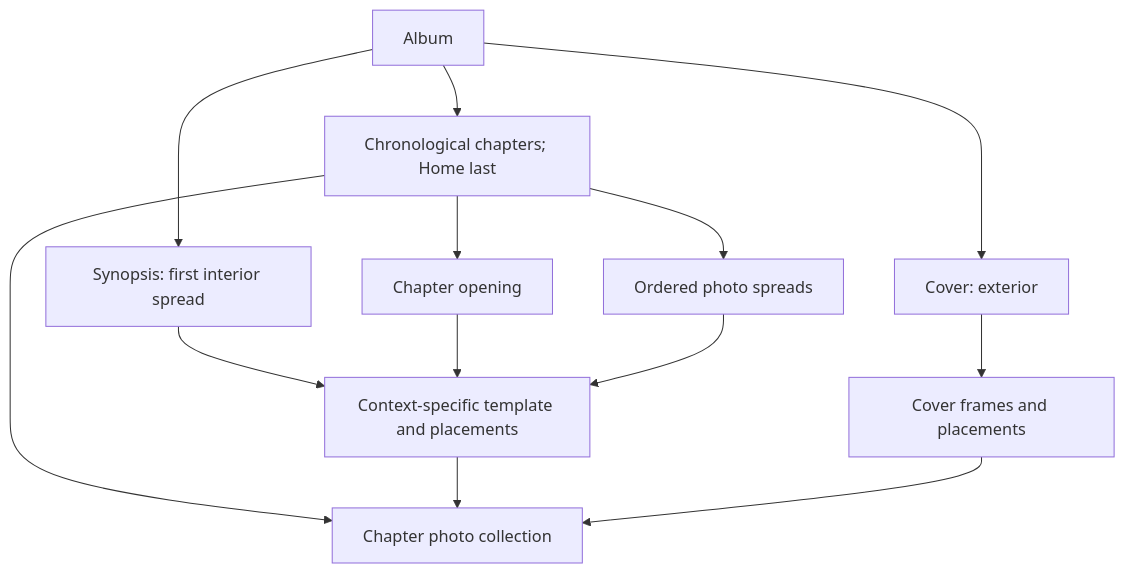
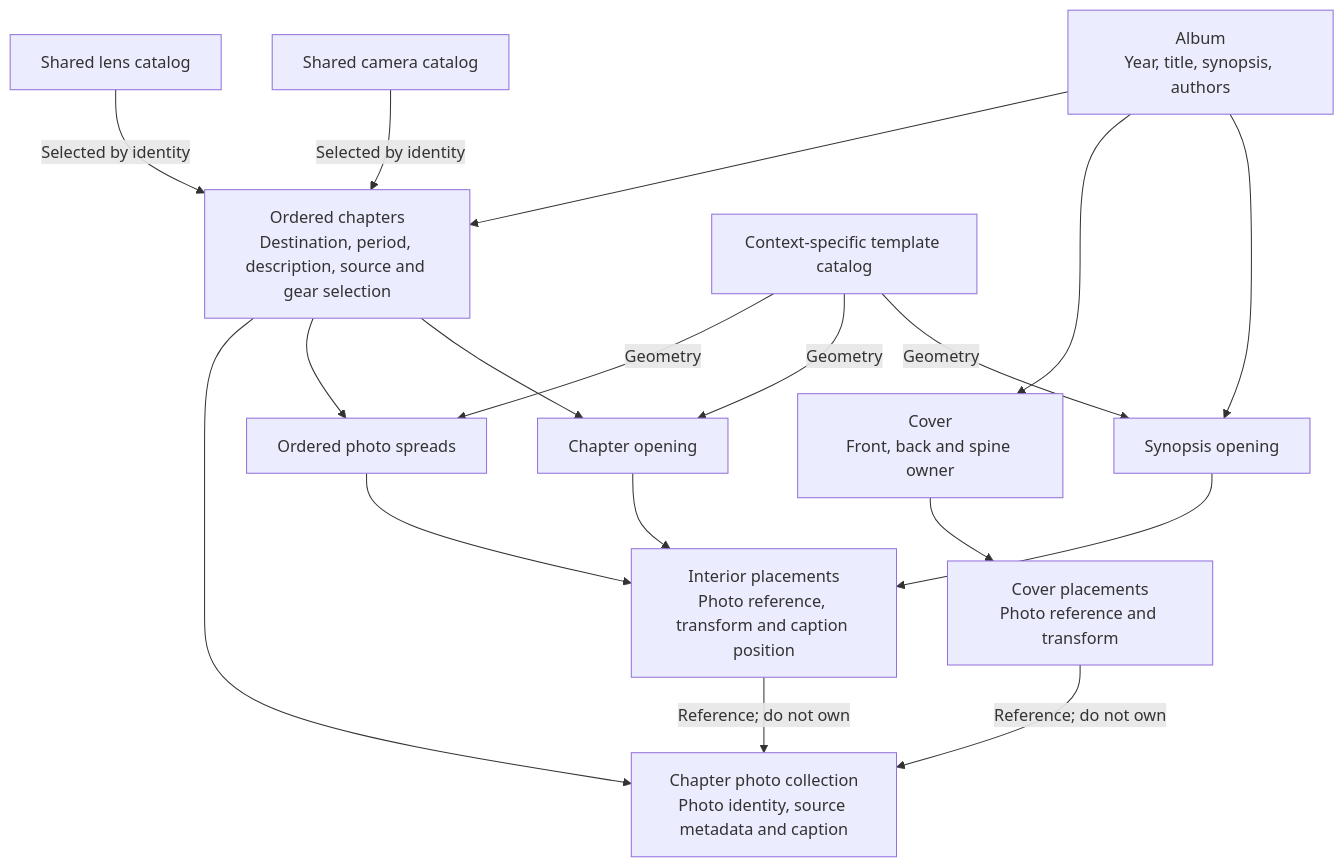
The second of 9 diagrams in specs/design.md (cosminci/photography), drawn with Mermaid before and after one commit. The commit also changed other lines of this file and 4 other files, not shown here.

First line of the commit message:
Make service documentation backend-first and diagram-led

````diff
--- a/specs/design.md
+++ b/specs/design.md
@@ -7,12 +38,15 @@
 ```mermaid
-flowchart TD
-  Album --> Synopsis["Synopsis: first interior spread"]
-  Album --> Cover["Cover: exterior"]
-  Album --> Chapters["Chronological chapters; Home last"]
-  Chapters --> Opening["Chapter opening"]
+flowchart TB
+  Album["Album<br/>Year, title, synopsis, authors"] --> Opening["Synopsis opening"]
+  Album --> Cover["Cover<br/>Front, back and spine owner"]
+  Album --> Chapters["Ordered chapters<br/>Destination, period, description, source and gear selection"]
+  Chapters --> ChapterOpening["Chapter opening"]
   Chapters --> Spreads["Ordered photo spreads"]
-  Chapters --> Photos["Chapter photo collection"]
-  Synopsis & Opening & Spreads --> Layout["Context-specific template and placements"]
-  Cover --> Exterior["Cover frames and placements"]
-  Layout & Exterior --> Photos
+  Chapters --> Collection["Chapter photo collection<br/>Photo identity, source metadata and caption"]
+  Opening & ChapterOpening & Spreads --> Interior["Interior placements<br/>Photo reference, transform and caption position"]
+  Cover --> Exterior["Cover placements<br/>Photo reference and transform"]
+  Interior & Exterior -->|Reference; do not own| Collection
+  Templates["Context-specific template catalog"] -->|Geometry| Opening & ChapterOpening & Spreads
+  Cameras["Shared camera catalog"] -->|Selected by identity| Chapters
+  Lenses["Shared lens catalog"] -->|Selected by identity| Chapters
 ```
````
